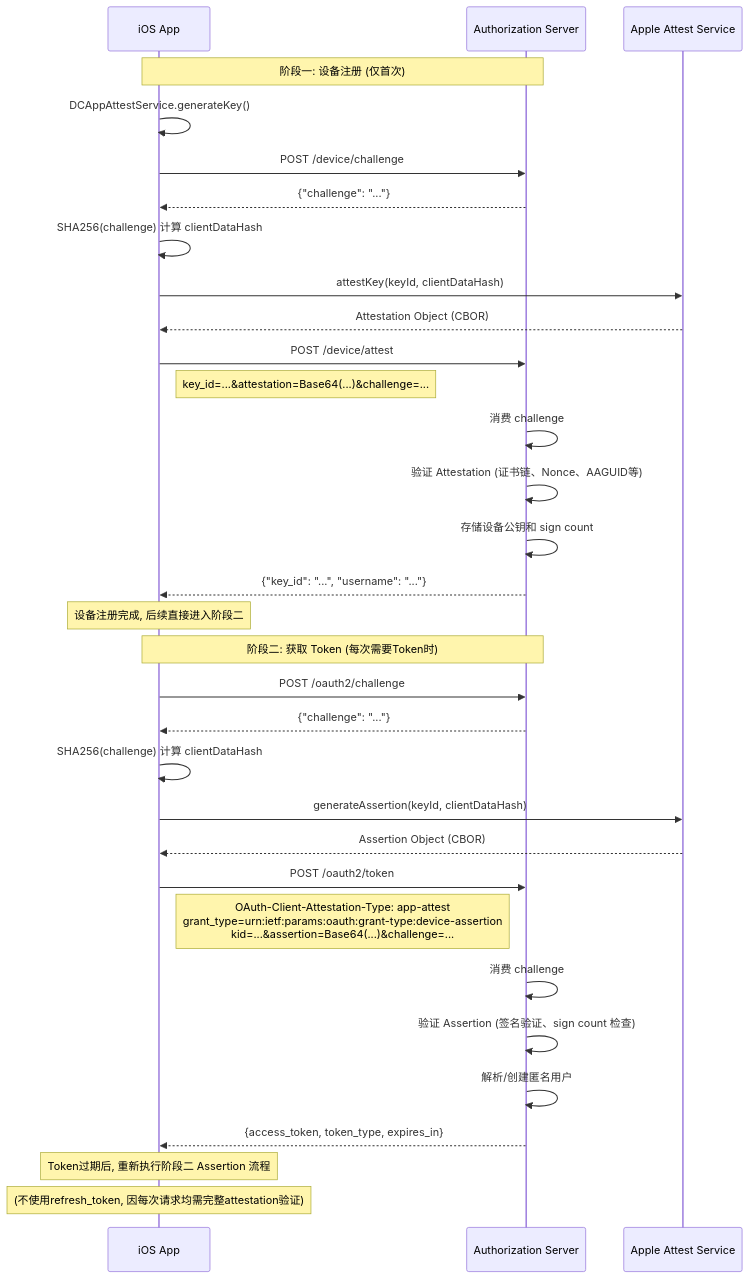
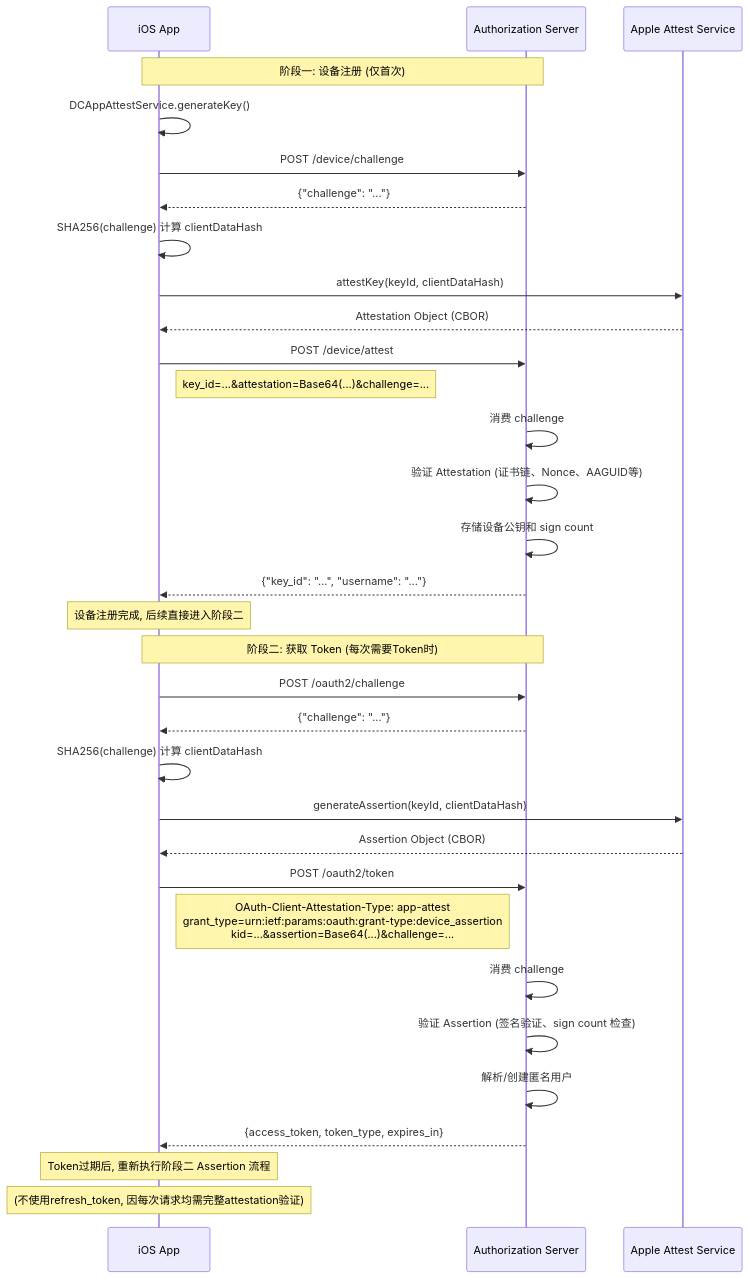
The diagram in docs/apis/zh-cn/APIs-#-Apple-App-Attest.md (euler-projects/euler-framework), drawn with Mermaid before and after one commit. The commit also changed other lines of this file and 4 other files, not shown here.

````diff
--- a/docs/apis/zh-cn/APIs-#-Apple-App-Attest.md
+++ b/docs/apis/zh-cn/APIs-#-Apple-App-Attest.md
@@ -140,42 +140,42 @@
 ```mermaid
 sequenceDiagram
     participant App as iOS App
     participant Server as Authorization Server
     participant Apple as Apple Attest Service
 
     Note over App,Server: 阶段一: 设备注册 (仅首次)
     App->>App: DCAppAttestService.generateKey()
     App->>Server: POST /device/challenge
     Server-->>App: {"challenge": "..."}
 
     App->>App: SHA256(challenge) 计算 clientDataHash
     App->>Apple: attestKey(keyId, clientDataHash)
     Apple-->>App: Attestation Object (CBOR)
 
     App->>Server: POST /device/attest
     Note right of App: key_id=...&attestation=Base64(...)&challenge=...
     Server->>Server: 消费 challenge
     Server->>Server: 验证 Attestation (证书链、Nonce、AAGUID等)
     Server->>Server: 存储设备公钥和 sign count
     Server-->>App: {"key_id": "...", "username": "..."}
 
     Note over App: 设备注册完成, 后续直接进入阶段二
 
     Note over App,Server: 阶段二: 获取 Token (每次需要Token时)
     App->>Server: POST /oauth2/challenge
     Server-->>App: {"challenge": "..."}
 
     App->>App: SHA256(challenge) 计算 clientDataHash
     App->>Apple: generateAssertion(keyId, clientDataHash)
     Apple-->>App: Assertion Object (CBOR)
 
     App->>Server: POST /oauth2/token
-    Note right of App: OAuth-Client-Attestation-Type: app-attest<br/>grant_type=urn:ietf:params:oauth:grant-type:device-assertion<br/>kid=...&assertion=Base64(...)&challenge=...
+    Note right of App: OAuth-Client-Attestation-Type: app-attest<br/>grant_type=urn:ietf:params:oauth:grant-type:device_assertion<br/>kid=...&assertion=Base64(...)&challenge=...
     Server->>Server: 消费 challenge
     Server->>Server: 验证 Assertion (签名验证、sign count 检查)
     Server->>Server: 解析/创建匿名用户
     Server-->>App: {access_token, token_type, expires_in}
 
     Note over App: Token过期后, 重新执行阶段二 Assertion 流程
     Note over App: (不使用refresh_token, 因每次请求均需完整attestation验证)
 ```
````
